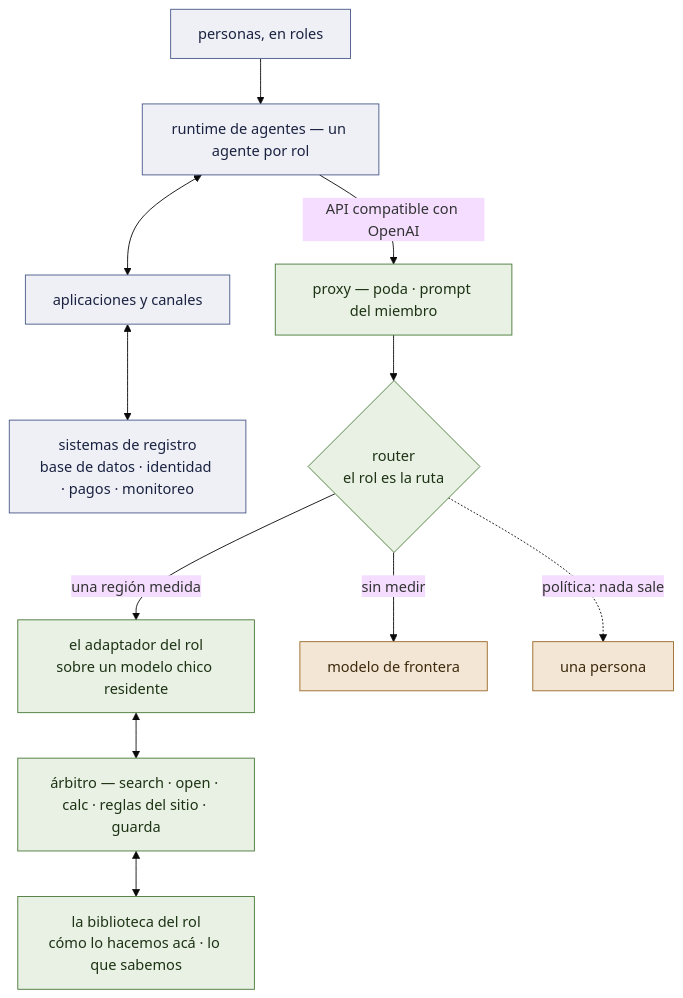
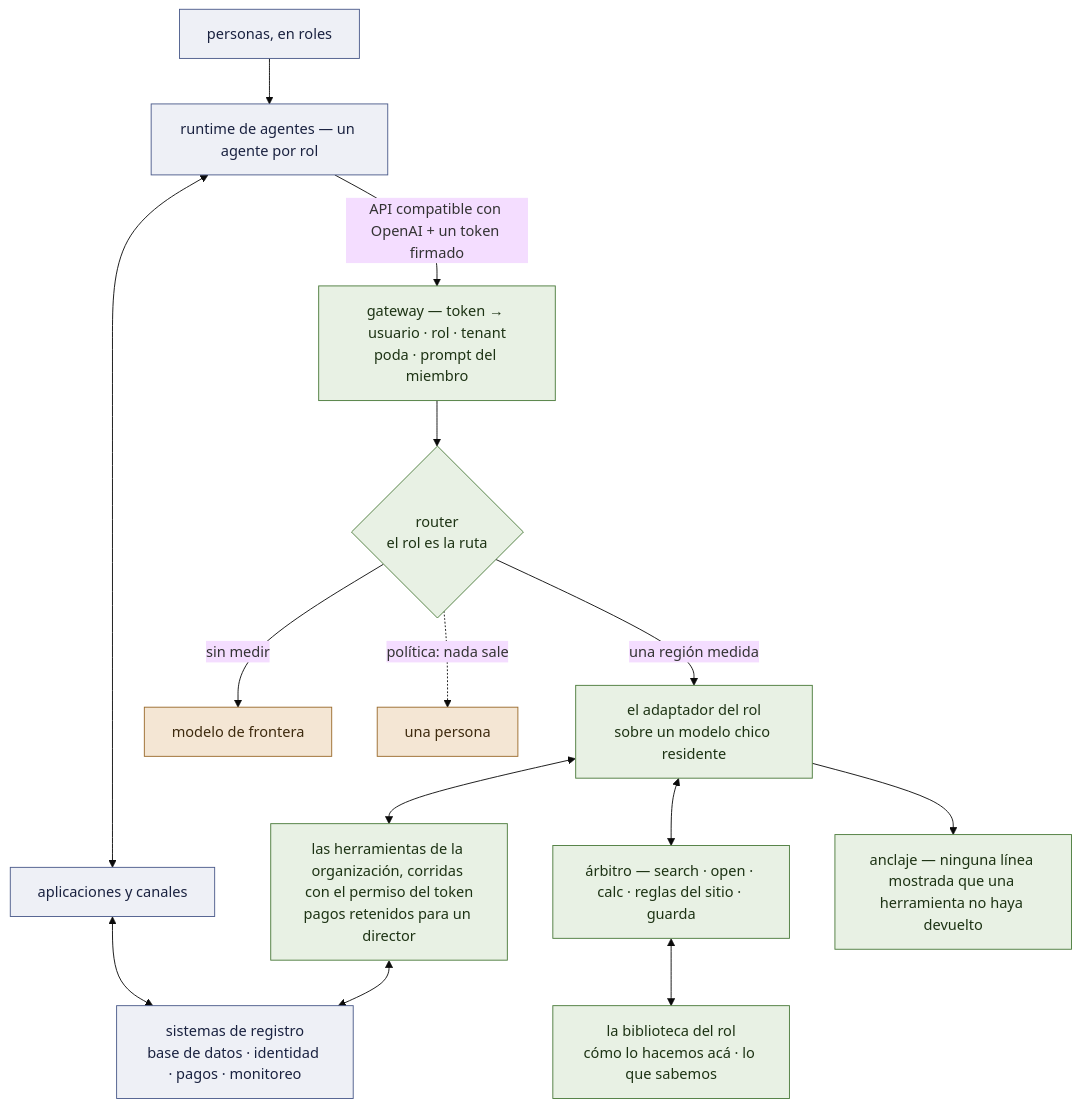
One commit to EvolvingAgentsLabs/lora-kernel changed the fourth of 4 diagrams in docs/es/ARCHITECTURE.md. Above: the diagram before and after it, drawn with Mermaid (base theme). The commit also changed other lines of this file and 169 other files, not shown here.

````diff
--- a/docs/es/ARCHITECTURE.md
+++ b/docs/es/ARCHITECTURE.md
@@ -271,19 +305,22 @@
 ```mermaid
 flowchart TB
     P["personas, en roles"] --> RT["runtime de agentes — un agente por rol"]
     RT <--> APPS["aplicaciones y canales"]
     APPS <--> DB["sistemas de registro<br>base de datos · identidad · pagos · monitoreo"]
-    RT -- "API compatible con OpenAI" --> PX["proxy — poda · prompt del miembro"]
+    RT -- "API compatible con OpenAI + un token firmado" --> PX["gateway — token → usuario · rol · tenant<br>poda · prompt del miembro"]
     PX --> RO{"router<br>el rol es la ruta"}
     RO -- "una región medida" --> EX["el adaptador del rol<br>sobre un modelo chico residente"]
     EX <--> REF["árbitro — search · open · calc · reglas del sitio · guarda"]
     REF <--> LIB["la biblioteca del rol<br>cómo lo hacemos acá · lo que sabemos"]
+    EX <--> TL["las herramientas de la organización, corridas con el permiso del token<br>pagos retenidos para un director"]
+    TL <--> DB
+    EX --> GRD["anclaje — ninguna línea mostrada que una herramienta no haya devuelto"]
     RO -- "sin medir" --> FR["modelo de frontera"]
     RO -. "política: nada sale" .-> HU["una persona"]
     classDef ours fill:#e8f1e4,stroke:#4a7a3a,color:#1d3314
     classDef theirs fill:#eef0f6,stroke:#4a5a8a,color:#1a2240
     classDef out fill:#f4e6d4,stroke:#9a6a2a,color:#3d2a0e
-    class PX,RO,EX,REF,LIB ours
+    class PX,RO,EX,REF,LIB,TL,GRD ours
     class P,RT,APPS,DB theirs
     class FR,HU out
 ```
````
